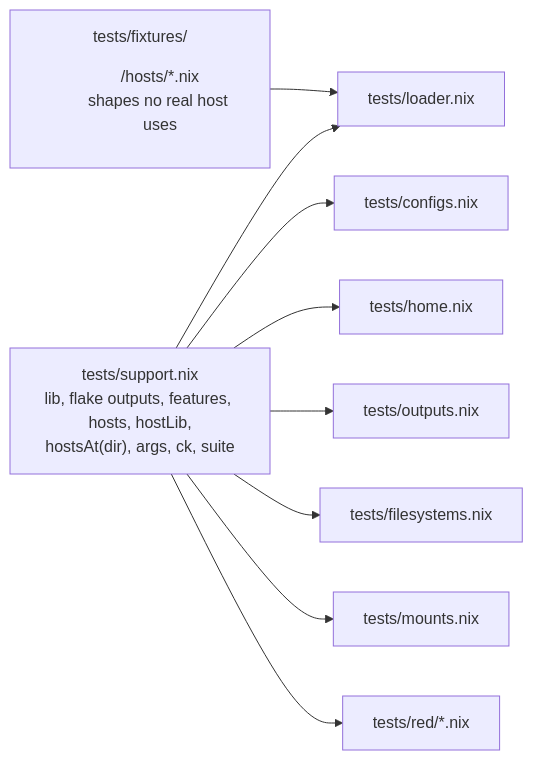
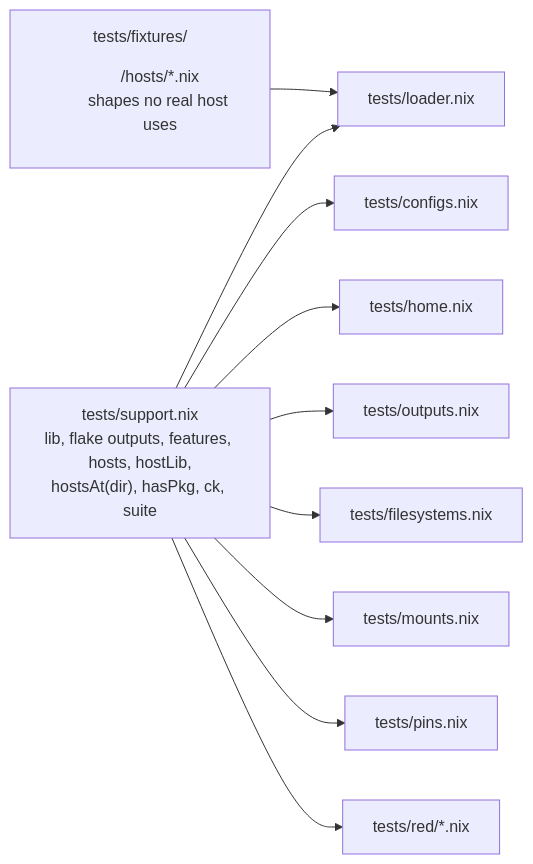
Before and after one commit to WombatFromHell/automatic-palm-tree: the second of 5 diagrams in TEST_DESIGN.md, drawn with Mermaid. The commit also changed other lines of this file, not shown here.

````diff
--- a/TEST_DESIGN.md
+++ b/TEST_DESIGN.md
@@ -20,11 +22,12 @@
 ```mermaid
 flowchart LR
-  S["tests/support.nix<br/>lib, flake outputs, features, hosts, hostLib,<br/>hostsAt(dir), args, ck, suite"] --> L["tests/loader.nix"]
+  S["tests/support.nix<br/>lib, flake outputs, features, hosts, hostLib,<br/>hostsAt(dir), hasPkg, ck, suite"] --> L["tests/loader.nix"]
   S --> C["tests/configs.nix"]
   S --> H["tests/home.nix"]
   S --> O["tests/outputs.nix"]
   S --> F["tests/filesystems.nix"]
   S --> M["tests/mounts.nix"]
+  S --> PI["tests/pins.nix"]
   S --> RD["tests/red/*.nix"]
   FX["tests/fixtures/<dir>/hosts/*.nix<br/>shapes no real host uses"] --> L
 ```
````
